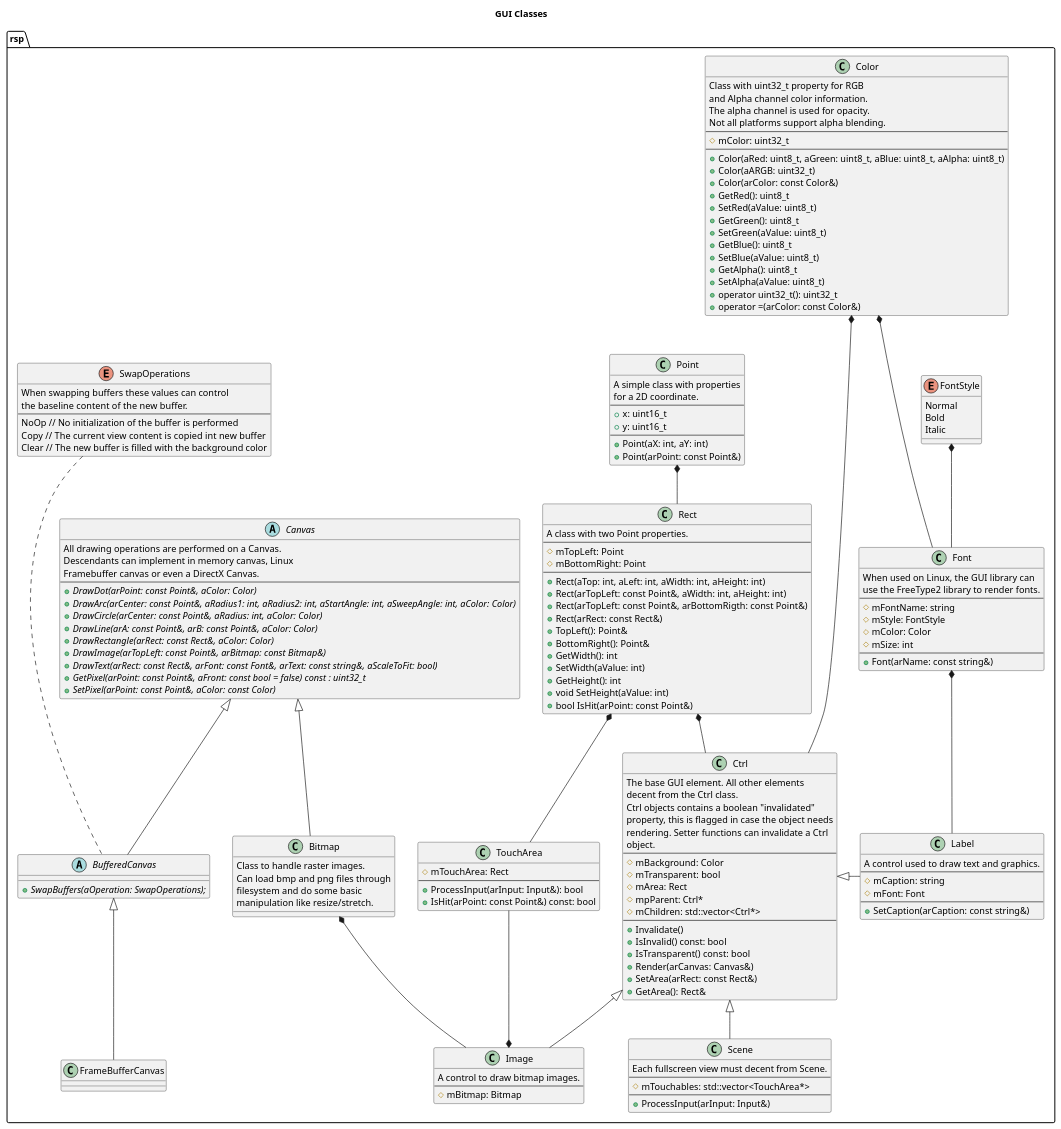
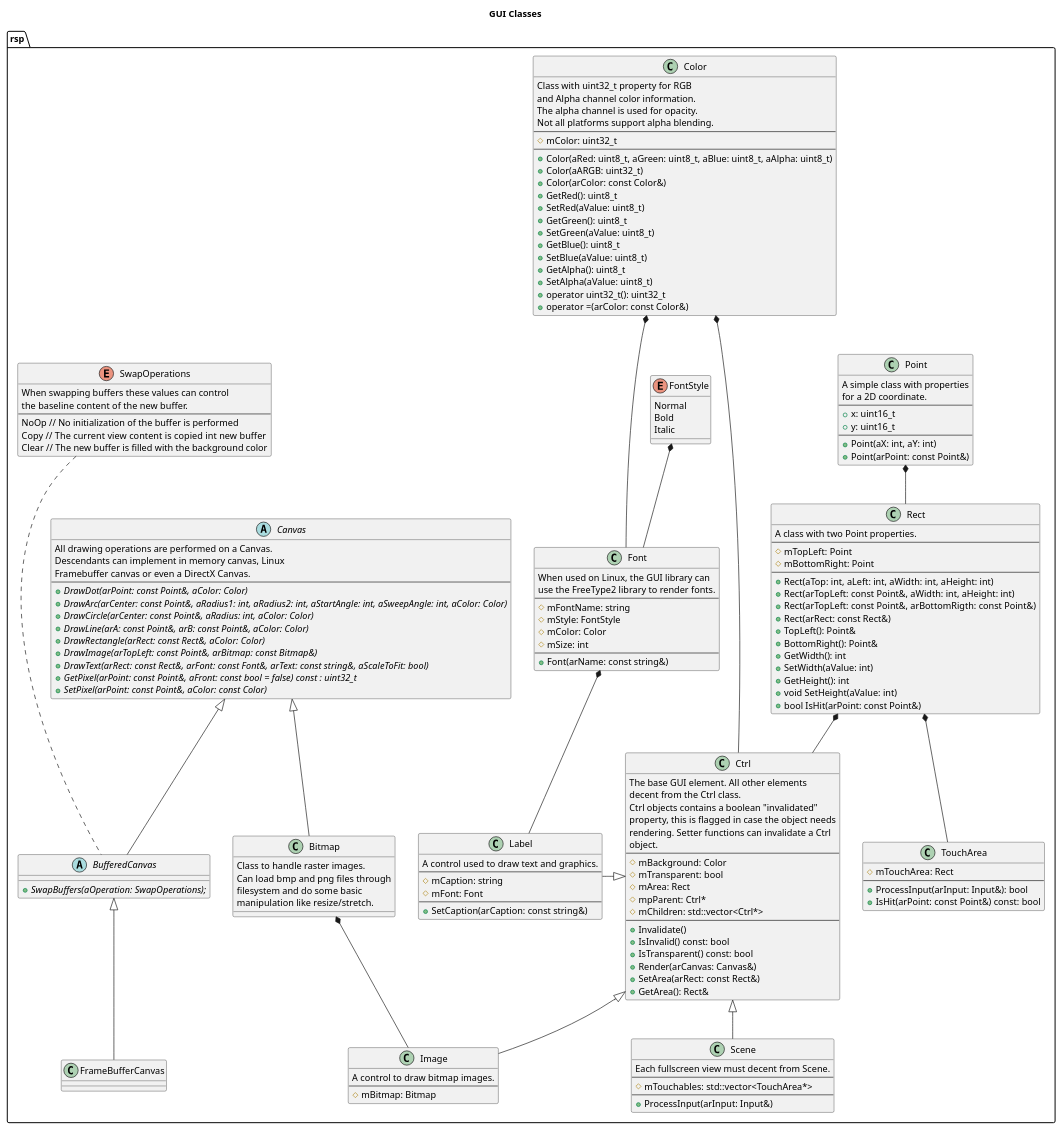
The diagram in docs/uml/GUI Classes.puml (rsps/rsp-core-library), drawn with PlantUML before and after one commit. The commit also changed 2 other files, not shown here.

Commit message:
Removed image from toucharea

```diff
--- a/docs/uml/GUI Classes.puml
+++ b/docs/uml/GUI Classes.puml
@@ -170,7 +170,6 @@
 }
 Ctrl <|-- Image
 Bitmap *-- Image
-TouchArea --* Image
 
 class Label {
     A control used to draw text and graphics.
```
